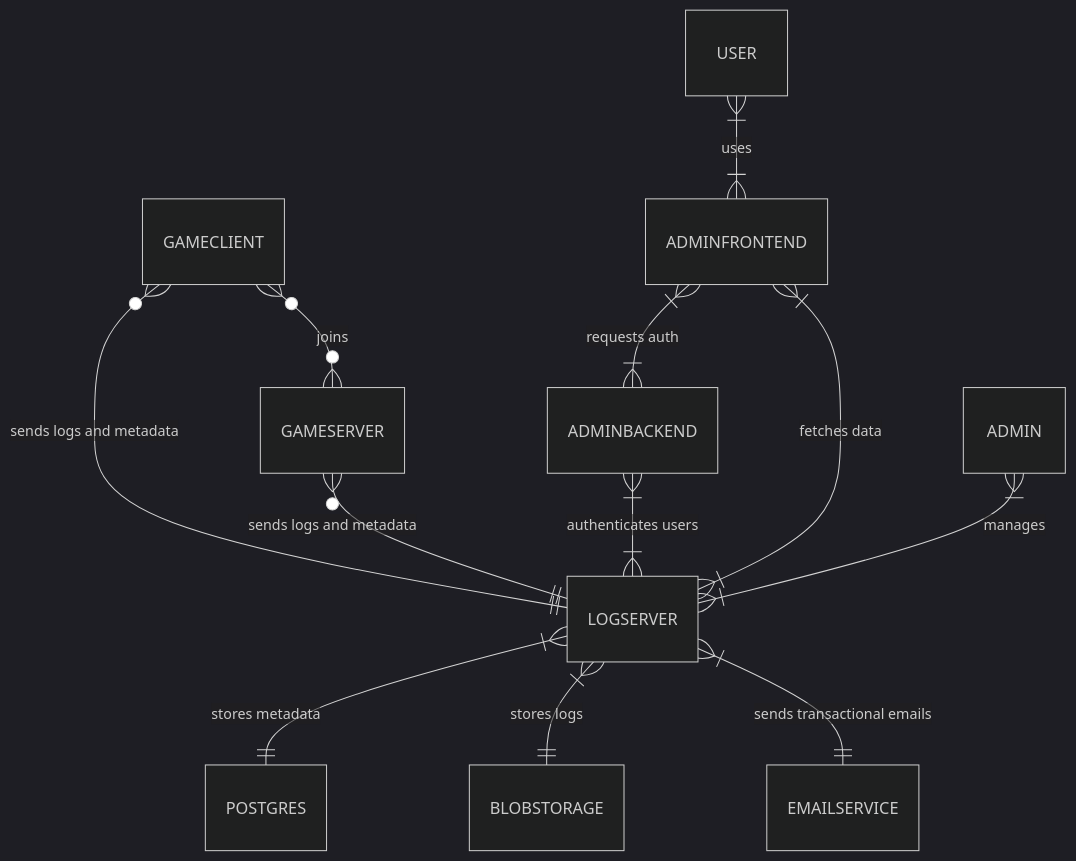
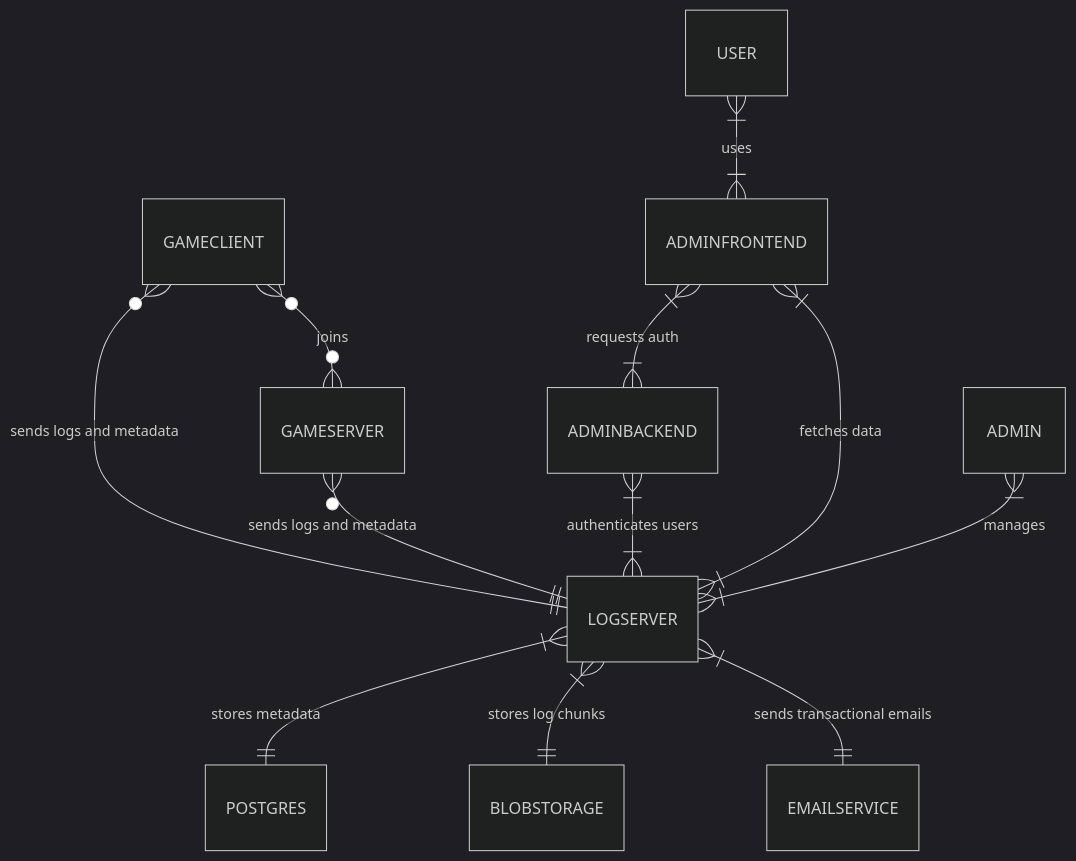
One commit to capsa-gg/capsa-documentation changed the diagram in docs/technical/systems.md. Above: the diagram before and after it, drawn with Mermaid (dark theme). The commit also changed other lines of this file and 3 other files, not shown here.

````diff
--- a/docs/technical/systems.md
+++ b/docs/technical/systems.md
@@ -9,19 +9,19 @@
 ```mermaid
 erDiagram
     GAMECLIENT }o--|| LOGSERVER : "sends logs and metadata"
     GAMECLIENT }o--o{ GAMESERVER : "joins"
     GAMESERVER }o--|| LOGSERVER : "sends logs and metadata"
 
 
 	LOGSERVER }|--|| POSTGRES : "stores metadata"
-	LOGSERVER }|--|| BLOBSTORAGE : "stores logs"
+	LOGSERVER }|--|| BLOBSTORAGE : "stores log chunks"
 	LOGSERVER }|--|| EMAILSERVICE : "sends transactional emails"
 
 	ADMINBACKEND }|--|{ LOGSERVER : "authenticates users"
 	ADMINFRONTEND }|--|{ ADMINBACKEND : "requests auth"
 	ADMINFRONTEND }|--|{ LOGSERVER : "fetches data"
 
 	USER }|--|{ ADMINFRONTEND : "uses"
 	ADMIN }|--|{ LOGSERVER : "manages"
 
 ```
````
